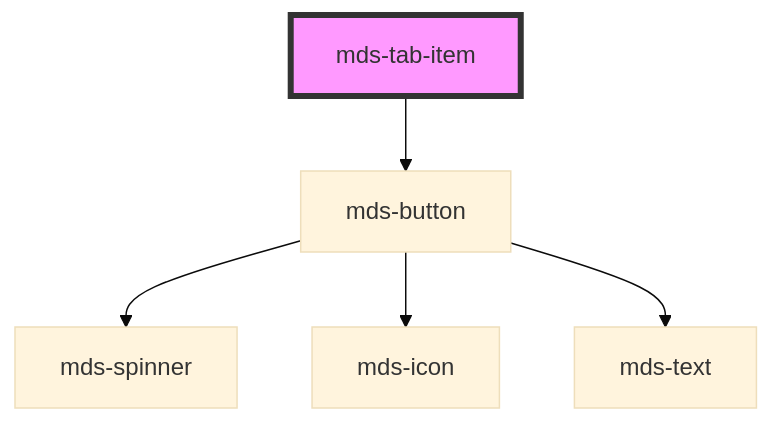
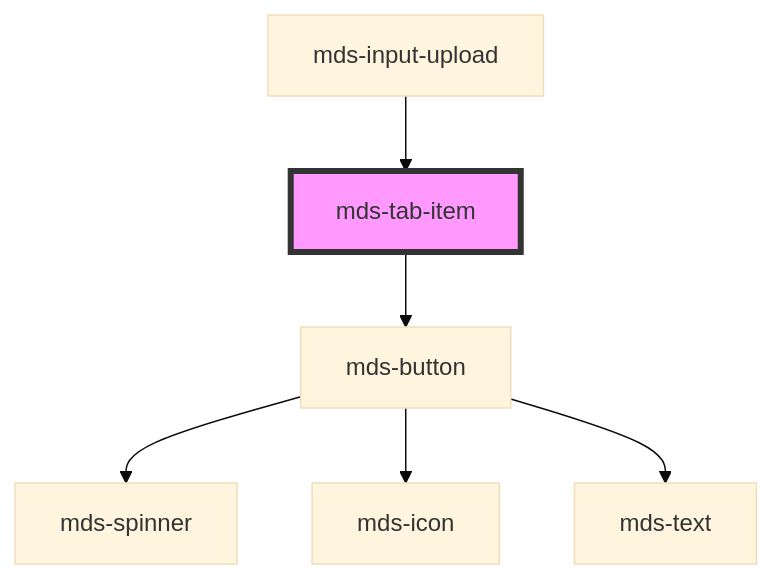
One commit to magma-design-system/magma changed the diagram in projects/stencil/src/components/mds-tab-item/readme.md. Above: the diagram before and after it, drawn with Mermaid (base theme). The commit also changed other lines of this file and 4 other files, not shown here.

Commit message:
fix(mds-tab-item): ensure empy text to be empty

````diff
--- a/projects/stencil/src/components/mds-tab-item/readme.md
+++ b/projects/stencil/src/components/mds-tab-item/readme.md
@@ -63,8 +53,9 @@
 ```mermaid
 graph TD;
   mds-tab-item --> mds-button
   mds-button --> mds-spinner
   mds-button --> mds-icon
   mds-button --> mds-text
+  mds-input-upload --> mds-tab-item
   style mds-tab-item fill:#f9f,stroke:#333,stroke-width:4px
 ```
````
